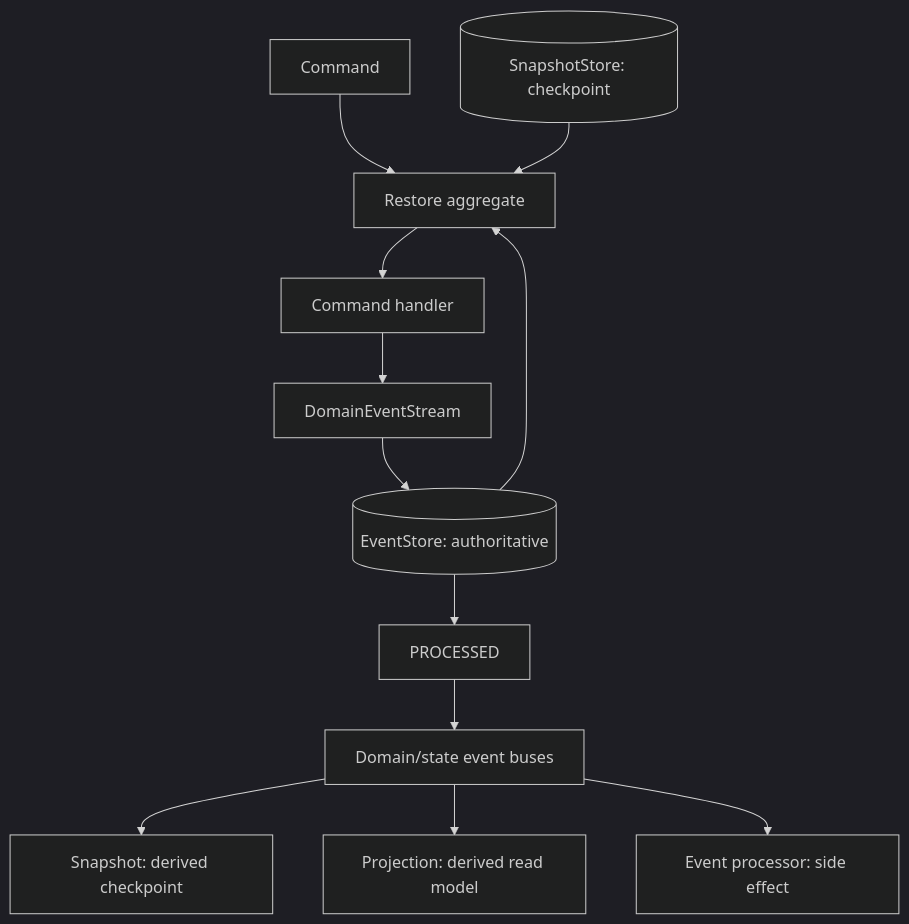
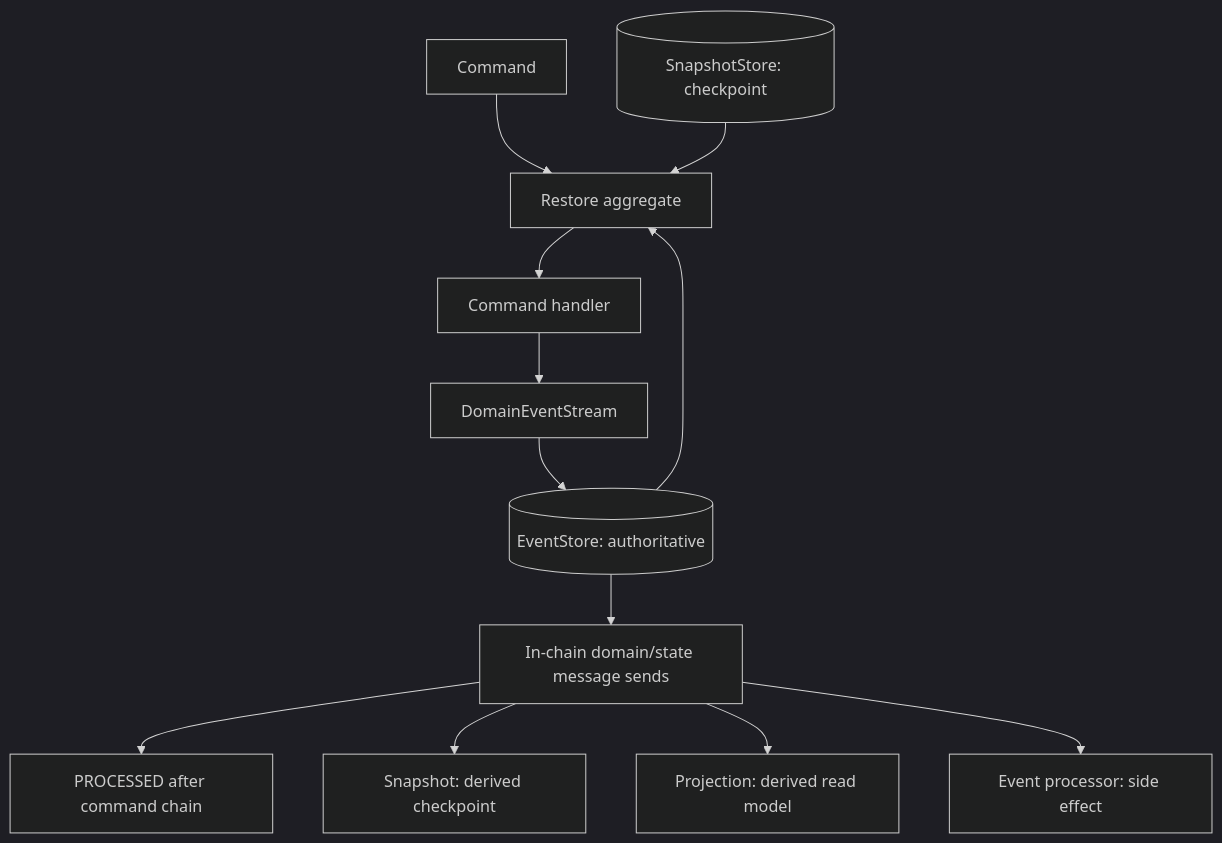
Before and after one commit to Ahoo-Wang/Wow: the second of 2 diagrams in documentation/docs/en/guide/eventstore.md, drawn with Mermaid (dark theme). The commit also changed other lines of this file and 5 other files, not shown here.

````diff
--- a/documentation/docs/en/guide/eventstore.md
+++ b/documentation/docs/en/guide/eventstore.md
@@ -117,14 +117,14 @@
 ```mermaid
 flowchart TB
     Command[Command] --> Restore[Restore aggregate]
     EventStore[(EventStore: authoritative)] --> Restore
     SnapshotStore[(SnapshotStore: checkpoint)] --> Restore
     Restore --> Handler[Command handler]
     Handler --> Stream[DomainEventStream]
     Stream --> EventStore
-    EventStore --> Processed[PROCESSED]
-    Processed --> Bus[Domain/state event buses]
+    EventStore --> Bus[In-chain domain/state message sends]
+    Bus --> Processed[PROCESSED after command chain]
     Bus --> Snapshot[Snapshot: derived checkpoint]
     Bus --> Projection[Projection: derived read model]
     Bus --> Processor[Event processor: side effect]
 ```
````
